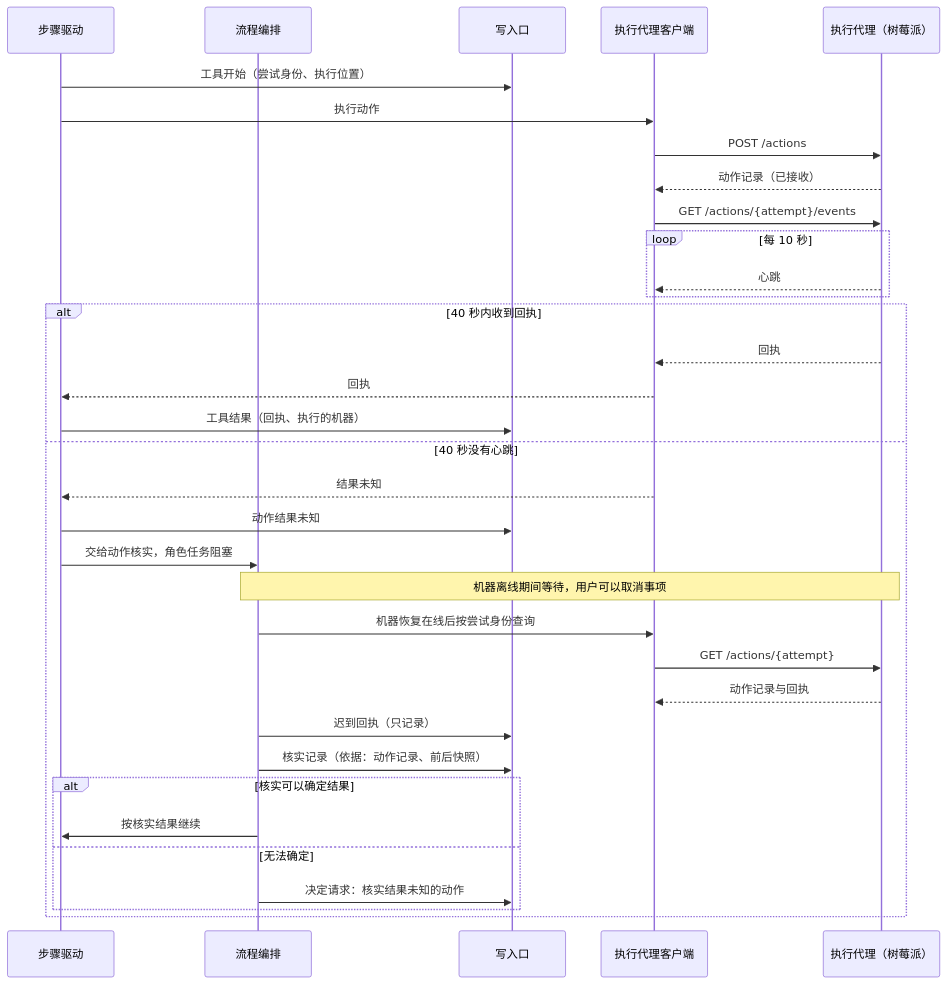
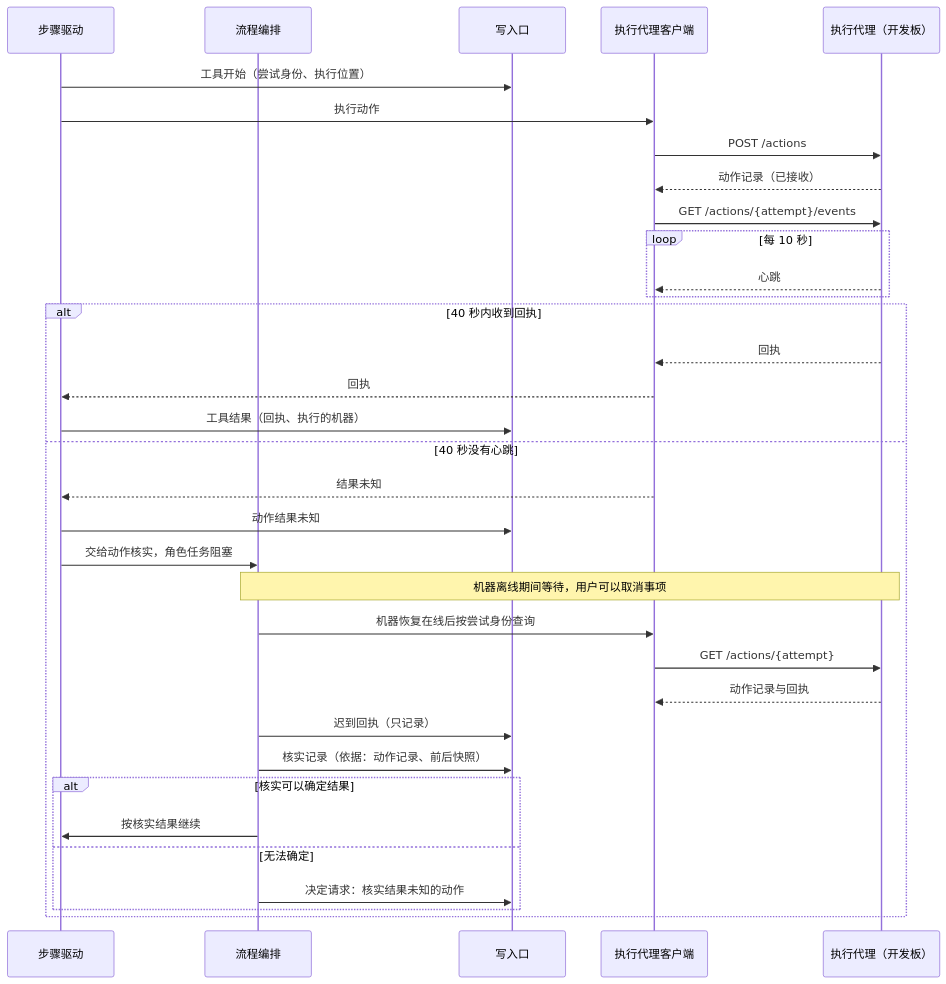
Before and after one commit to bender2333/yudao: the third of 4 diagrams in docs/design/execution-environment.md, drawn with Mermaid. The commit also changed other lines of this file and 18 other files, not shown here.

````diff
--- a/docs/design/execution-environment.md
+++ b/docs/design/execution-environment.md
@@ -338,36 +347,36 @@
 ```mermaid
 sequenceDiagram
   participant S as 步骤驱动
   participant O as 流程编排
   participant W as 写入口
   participant C as 执行代理客户端
-  participant A as 执行代理（树莓派）
+  participant A as 执行代理（开发板）
   S->>W: 工具开始（尝试身份、执行位置）
   S->>C: 执行动作
   C->>A: POST /actions
   A-->>C: 动作记录（已接收）
   C->>A: GET /actions/{attempt}/events
   loop 每 10 秒
     A-->>C: 心跳
   end
   alt 40 秒内收到回执
     A-->>C: 回执
     C-->>S: 回执
     S->>W: 工具结果（回执、执行的机器）
   else 40 秒没有心跳
     C-->>S: 结果未知
     S->>W: 动作结果未知
     S->>O: 交给动作核实，角色任务阻塞
     Note over O,A: 机器离线期间等待，用户可以取消事项
     O->>C: 机器恢复在线后按尝试身份查询
     C->>A: GET /actions/{attempt}
     A-->>C: 动作记录与回执
     O->>W: 迟到回执（只记录）
     O->>W: 核实记录（依据：动作记录、前后快照）
     alt 核实可以确定结果
       O->>S: 按核实结果继续
     else 无法确定
       O->>W: 决定请求：核实结果未知的动作
     end
   end
 ```
````
